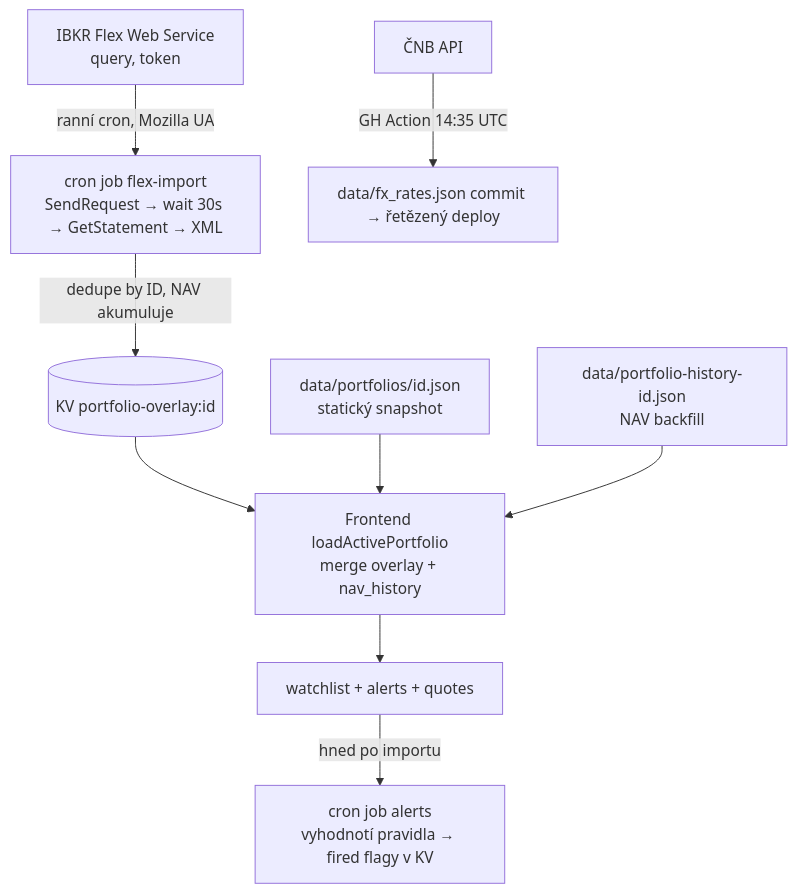
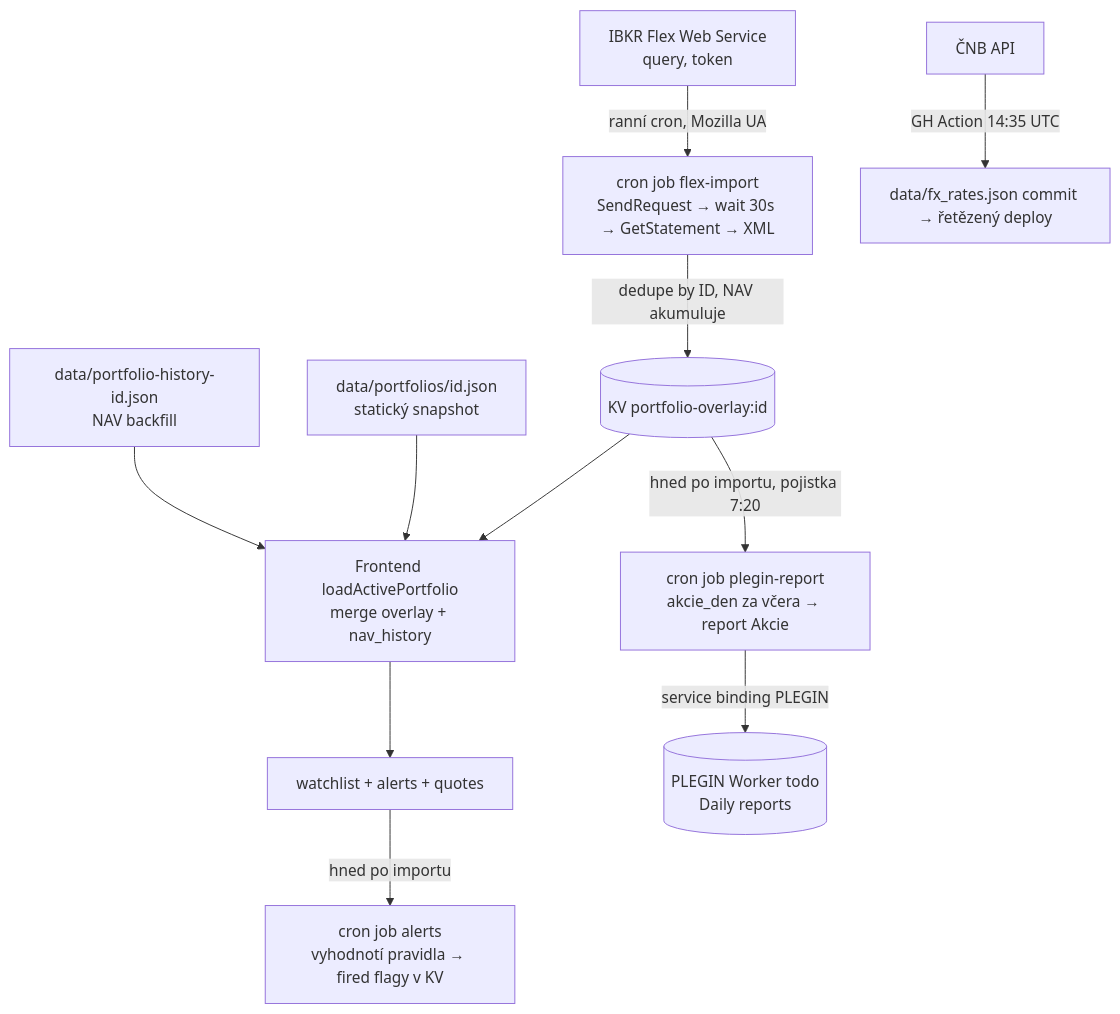
The diagram in CLAUDE.md (lpleskot/akcie-tracker), drawn with Mermaid before and after one commit. The commit also changed other lines of this file and 18 other files, not shown here.

First line of the commit message:
Ranní report Akcie do PLEGINu posílá Worker sám

````diff
--- a/CLAUDE.md
+++ b/CLAUDE.md
@@ -123,11 +126,13 @@
 ```mermaid
 flowchart TD
   IBKR[IBKR Flex Web Service<br/>query, token] -->|ranní cron, Mozilla UA| FI[cron job flex-import<br/>SendRequest → wait 30s → GetStatement → XML]
   FI -->|dedupe by ID, NAV akumuluje| KV[(KV portfolio-overlay:id)]
   KV --> FE[Frontend loadActivePortfolio<br/>merge overlay + nav_history]
   STATIC[data/portfolios/id.json<br/>statický snapshot] --> FE
   HIST[data/portfolio-history-id.json<br/>NAV backfill] --> FE
   CNB[ČNB API] -->|GH Action 14:35 UTC| FX[data/fx_rates.json commit → řetězený deploy]
   FE --> WL[watchlist + alerts + quotes]
   WL -->|hned po importu| CRON[cron job alerts<br/>vyhodnotí pravidla → fired flagy v KV]
+  KV -->|hned po importu, pojistka 7:20| REP[cron job plegin-report<br/>akcie_den za včera → report Akcie]
+  REP -->|service binding PLEGIN| PLEGIN[(PLEGIN Worker todo<br/>Daily reports)]
 ```
````
